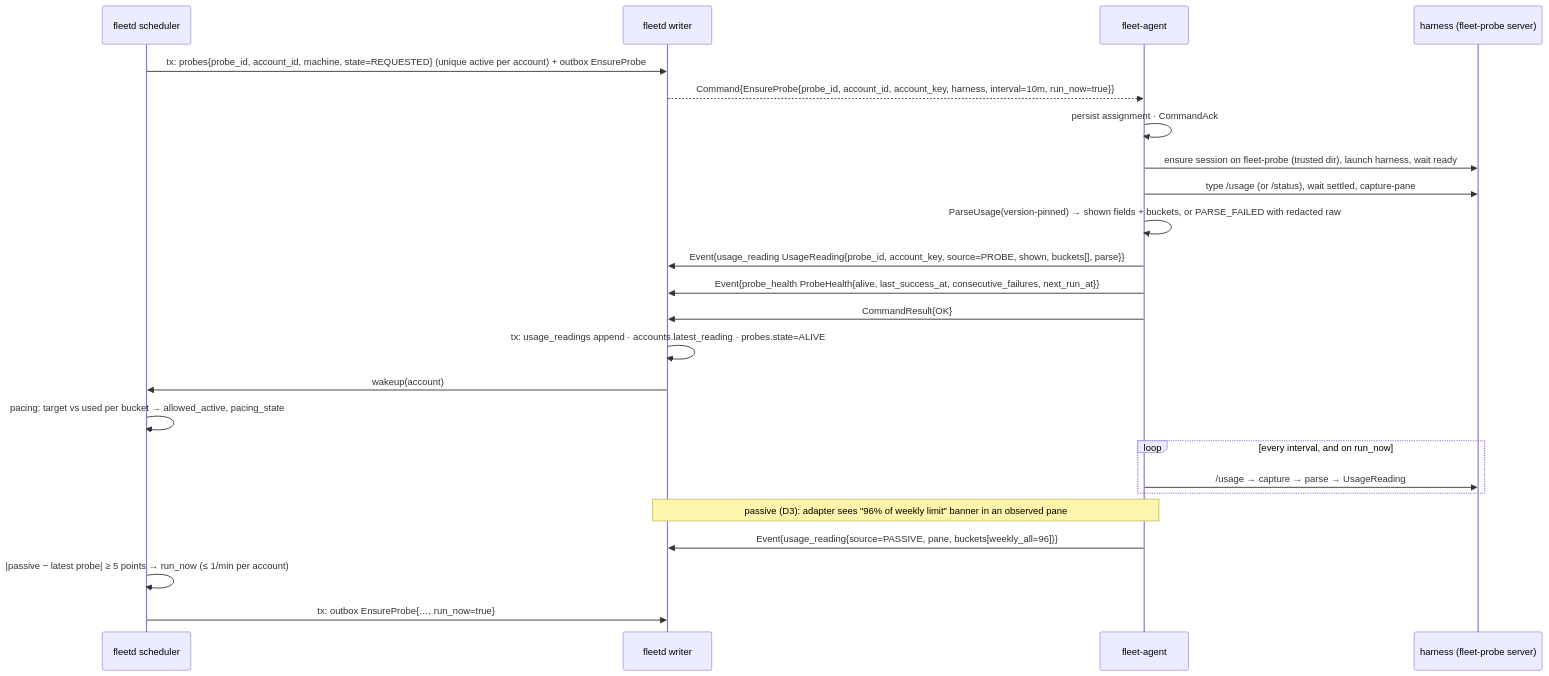
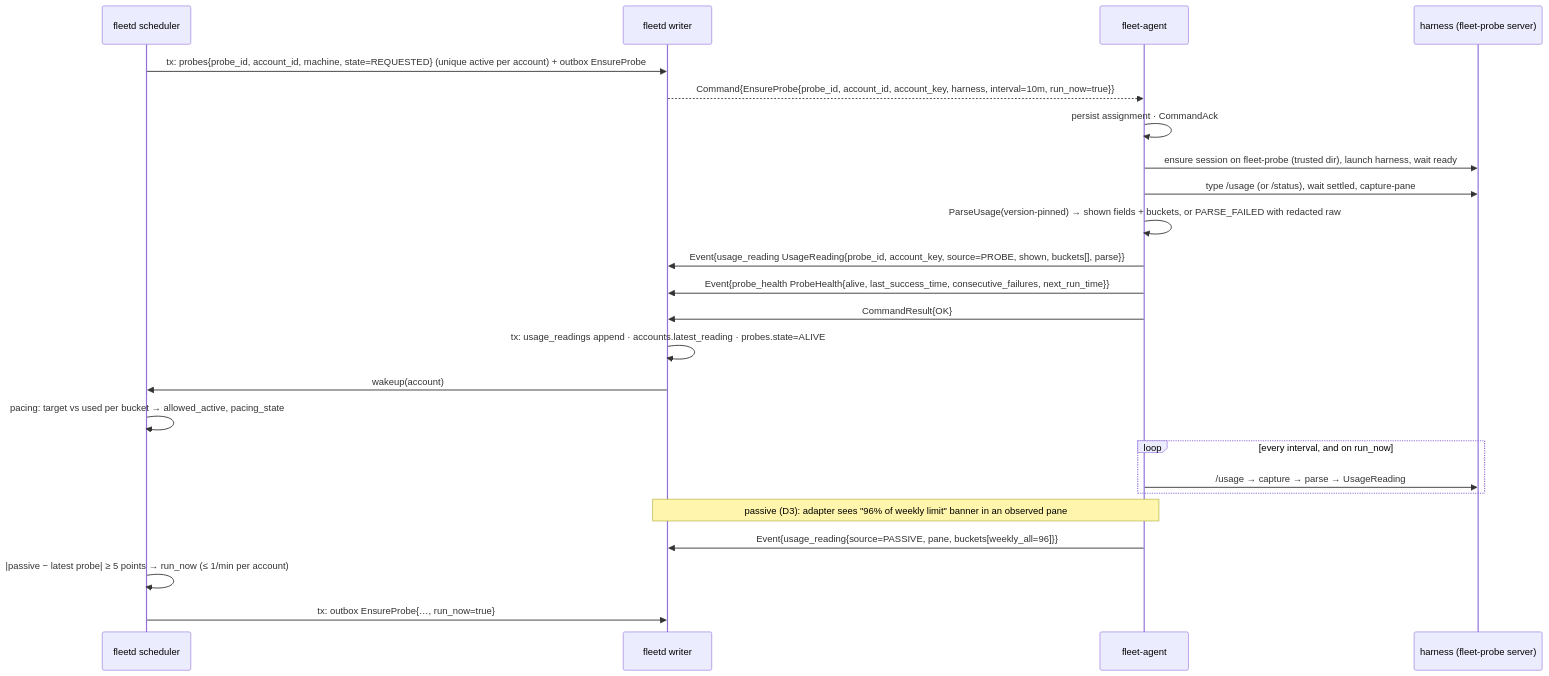
Before and after one commit to linuxdynasty/fleet-board: the first of 4 diagrams in docs/specs/03b-usage-and-sync.md, drawn with Mermaid. The commit also changed other lines of this file and 100 other files, not shown here.

First line of the commit message:
feat(api): contract review fixes, ADR 0019 and flow diagrams (#22)

````diff
--- a/docs/specs/03b-usage-and-sync.md
+++ b/docs/specs/03b-usage-and-sync.md
@@ -16,26 +16,26 @@
 ```mermaid
 sequenceDiagram
   participant S as fleetd scheduler
   participant W as fleetd writer
   participant A as fleet-agent
   participant P as harness (fleet-probe server)
   S->>W: tx: probes{probe_id, account_id, machine, state=REQUESTED} (unique active per account) + outbox EnsureProbe
   W-->>A: Command{EnsureProbe{probe_id, account_id, account_key, harness, interval=10m, run_now=true}}
   A->>A: persist assignment · CommandAck
   A->>P: ensure session on fleet-probe (trusted dir), launch harness, wait ready
   A->>P: type /usage (or /status), wait settled, capture-pane
   A->>A: ParseUsage(version-pinned) → shown fields + buckets, or PARSE_FAILED with redacted raw
   A->>W: Event{usage_reading UsageReading{probe_id, account_key, source=PROBE, shown, buckets[], parse}}
-  A->>W: Event{probe_health ProbeHealth{alive, last_success_at, consecutive_failures, next_run_at}}
+  A->>W: Event{probe_health ProbeHealth{alive, last_success_time, consecutive_failures, next_run_time}}
   A->>W: CommandResult{OK}
   W->>W: tx: usage_readings append · accounts.latest_reading · probes.state=ALIVE
   W->>S: wakeup(account)
   S->>S: pacing: target vs used per bucket → allowed_active, pacing_state
   loop every interval, and on run_now
     A->>P: /usage → capture → parse → UsageReading
   end
   Note over A,W: passive (D3): adapter sees "96% of weekly limit" banner in an observed pane
   A->>W: Event{usage_reading{source=PASSIVE, pane, buckets[weekly_all=96]}}
   S->>S: |passive − latest probe| ≥ 5 points → run_now (≤ 1/min per account)
   S->>W: tx: outbox EnsureProbe{…, run_now=true}
 ```
````
